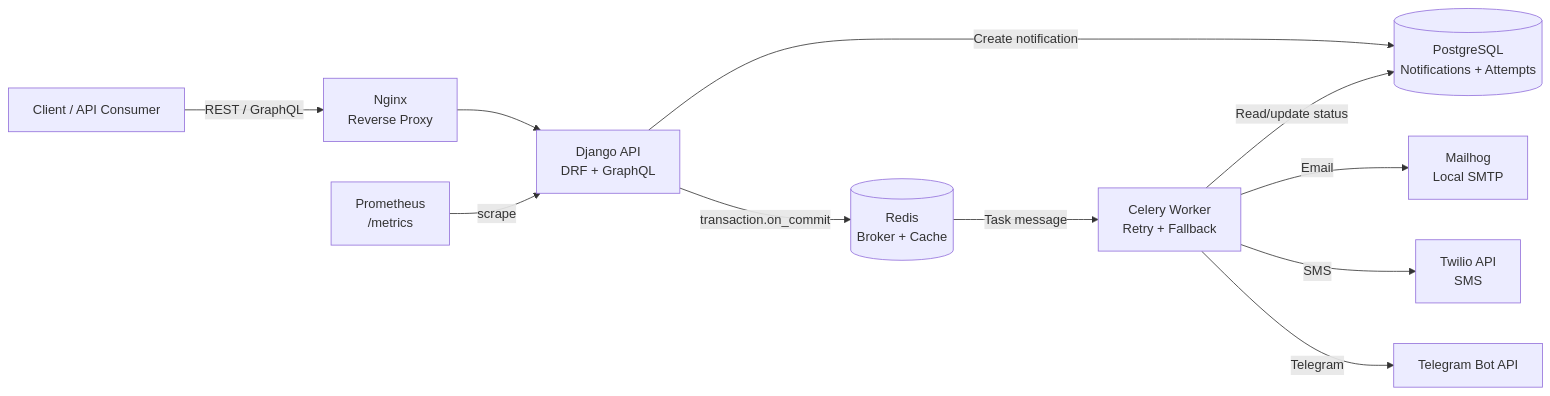
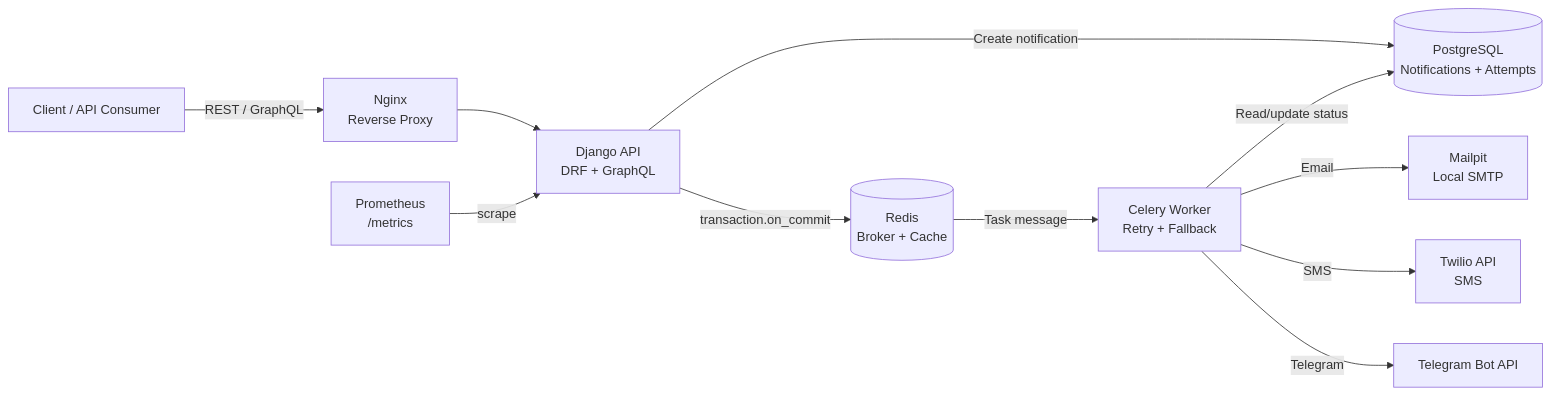
Before and after one commit to sintbjorn/notification_service_twilio: the diagram in README.md, drawn with Mermaid. The commit also changed other lines of this file and 17 other files, not shown here.

First line of the commit message:
seed_demo.py — management command для demo-flow.

````diff
--- a/README.md
+++ b/README.md
@@ -91,24 +91,24 @@
 ```mermaid
 flowchart LR
     client["Client / API Consumer"]
     nginx["Nginx<br/>Reverse Proxy"]
     django["Django API<br/>DRF + GraphQL"]
     db[("PostgreSQL<br/>Notifications + Attempts")]
     redis[("Redis<br/>Broker + Cache")]
     worker["Celery Worker<br/>Retry + Fallback"]
     prometheus["Prometheus<br/>/metrics"]
-    mailhog["Mailhog<br/>Local SMTP"]
+    mailpit["Mailpit<br/>Local SMTP"]
     twilio["Twilio API<br/>SMS"]
     telegram["Telegram Bot API"]
 
     client -->|"REST / GraphQL"| nginx
     nginx --> django
     django -->|"Create notification"| db
     django -->|"transaction.on_commit"| redis
     prometheus -->|"scrape"| django
     redis -->|"Task message"| worker
     worker -->|"Read/update status"| db
-    worker -->|"Email"| mailhog
+    worker -->|"Email"| mailpit
     worker -->|"SMS"| twilio
     worker -->|"Telegram"| telegram
 ```
````
